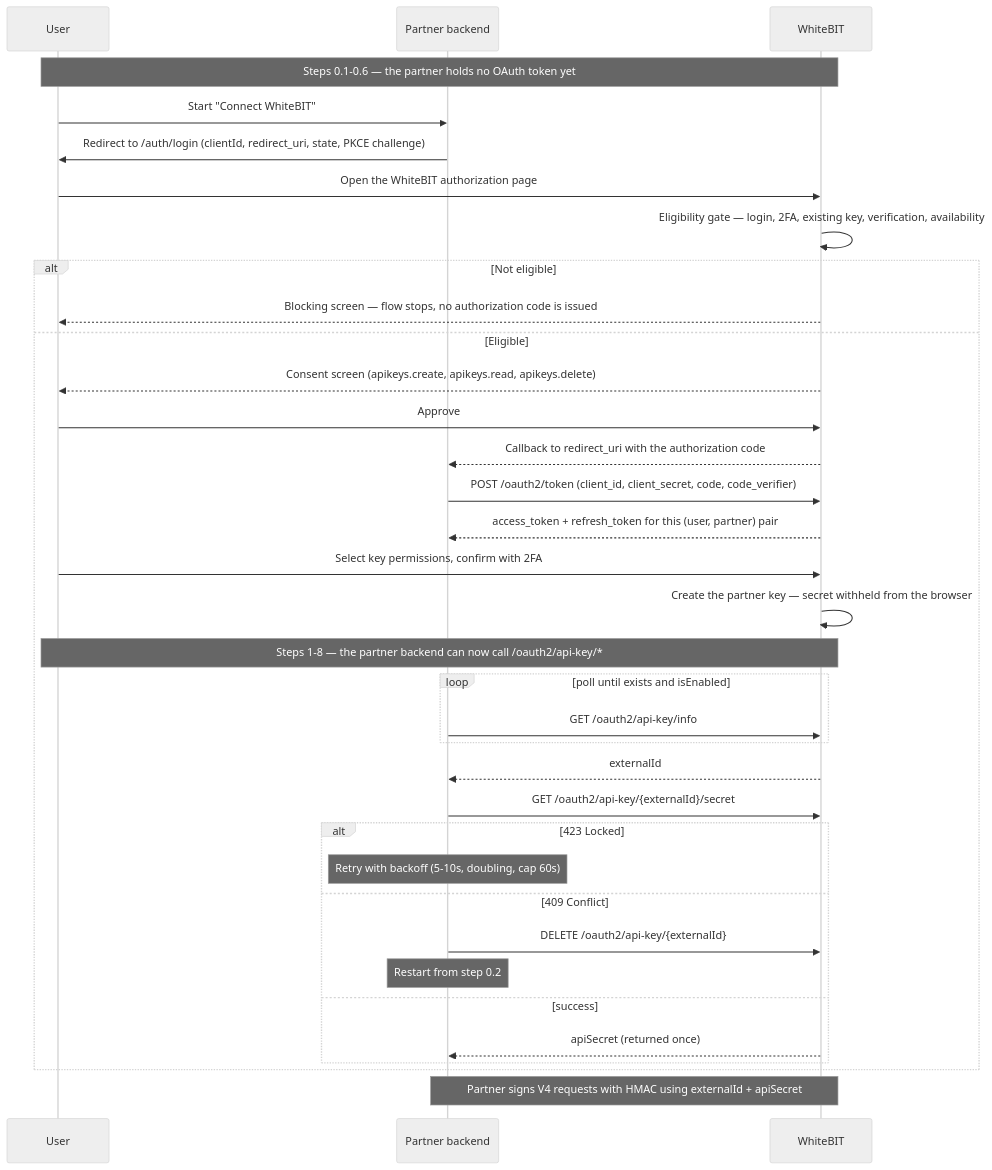
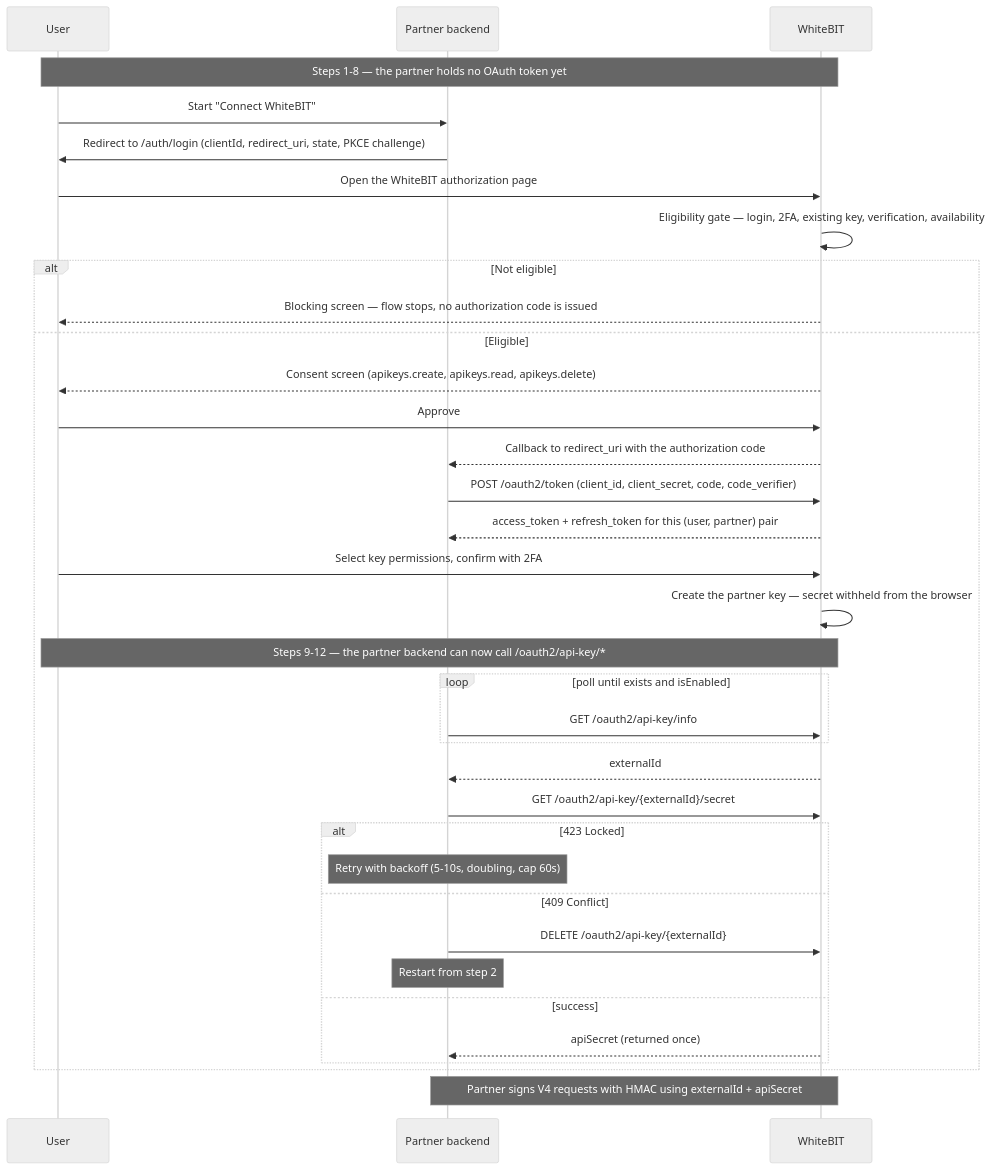
Before and after one commit to whitebit-exchange/docs: the diagram in guides/fast-api-key-integration.mdx, drawn with Mermaid (neutral theme). The commit also changed other lines of this file and 3 other files, not shown here.

````diff
--- a/guides/fast-api-key-integration.mdx
+++ b/guides/fast-api-key-integration.mdx
@@ -42,38 +42,38 @@
 ```mermaid
 sequenceDiagram
     participant User
     participant Partner as Partner backend
     participant WhiteBIT
 
-    Note over User,WhiteBIT: Steps 0.1-0.6 — the partner holds no OAuth token yet
+    Note over User,WhiteBIT: Steps 1-8 — the partner holds no OAuth token yet
     User->>Partner: Start "Connect WhiteBIT"
     Partner->>User: Redirect to /auth/login (clientId, redirect_uri, state, PKCE challenge)
     User->>WhiteBIT: Open the WhiteBIT authorization page
     WhiteBIT->>WhiteBIT: Eligibility gate — login, 2FA, existing key, verification, availability
     alt Not eligible
         WhiteBIT-->>User: Blocking screen — flow stops, no authorization code is issued
     else Eligible
         WhiteBIT-->>User: Consent screen (apikeys.create, apikeys.read, apikeys.delete)
         User->>WhiteBIT: Approve
         WhiteBIT-->>Partner: Callback to redirect_uri with the authorization code
         Partner->>WhiteBIT: POST /oauth2/token (client_id, client_secret, code, code_verifier)
         WhiteBIT-->>Partner: access_token + refresh_token for this (user, partner) pair
         User->>WhiteBIT: Select key permissions, confirm with 2FA
         WhiteBIT->>WhiteBIT: Create the partner key — secret withheld from the browser
-        Note over User,WhiteBIT: Steps 1-8 — the partner backend can now call /oauth2/api-key/*
+        Note over User,WhiteBIT: Steps 9-12 — the partner backend can now call /oauth2/api-key/*
         loop poll until exists and isEnabled
             Partner->>WhiteBIT: GET /oauth2/api-key/info
         end
         WhiteBIT-->>Partner: externalId
         Partner->>WhiteBIT: GET /oauth2/api-key/{externalId}/secret
         alt 423 Locked
             Note over Partner: Retry with backoff (5-10s, doubling, cap 60s)
         else 409 Conflict
             Partner->>WhiteBIT: DELETE /oauth2/api-key/{externalId}
-            Note over Partner: Restart from step 0.2
+            Note over Partner: Restart from step 2
         else success
             WhiteBIT-->>Partner: apiSecret (returned once)
         end
     end
     Note over Partner,WhiteBIT: Partner signs V4 requests with HMAC using externalId + apiSecret
 ```
````
